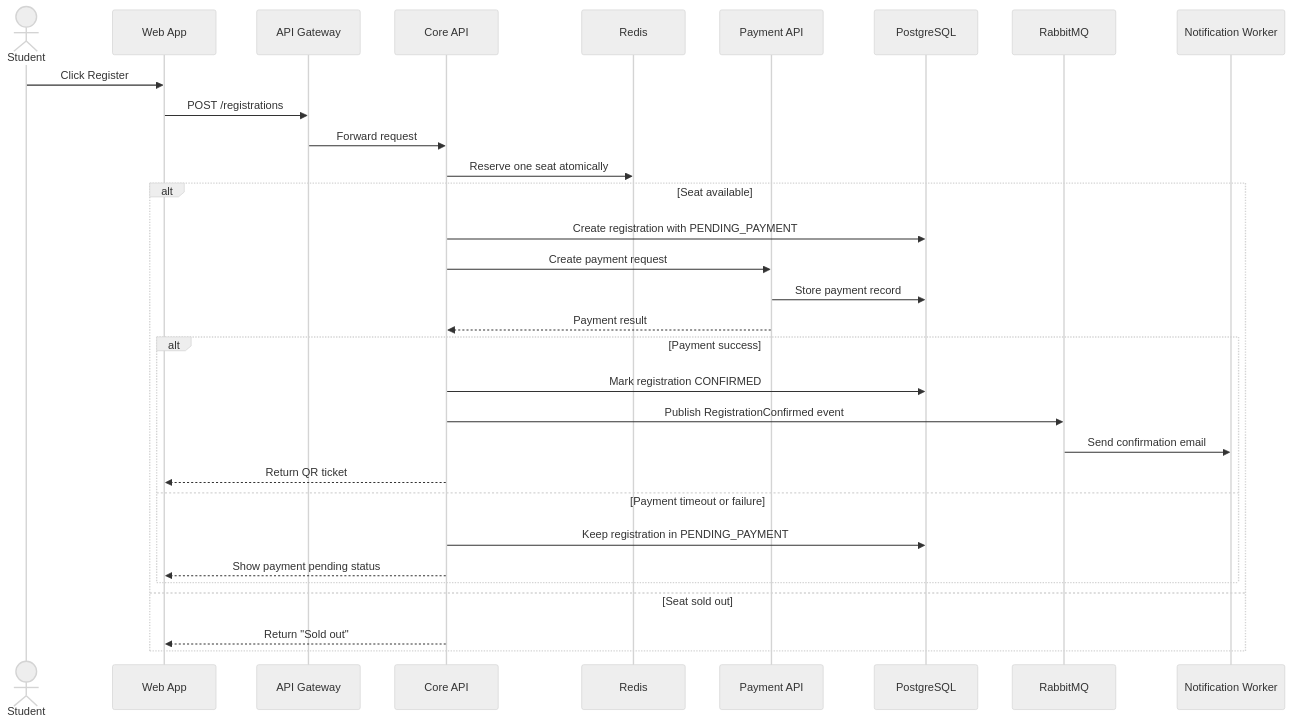
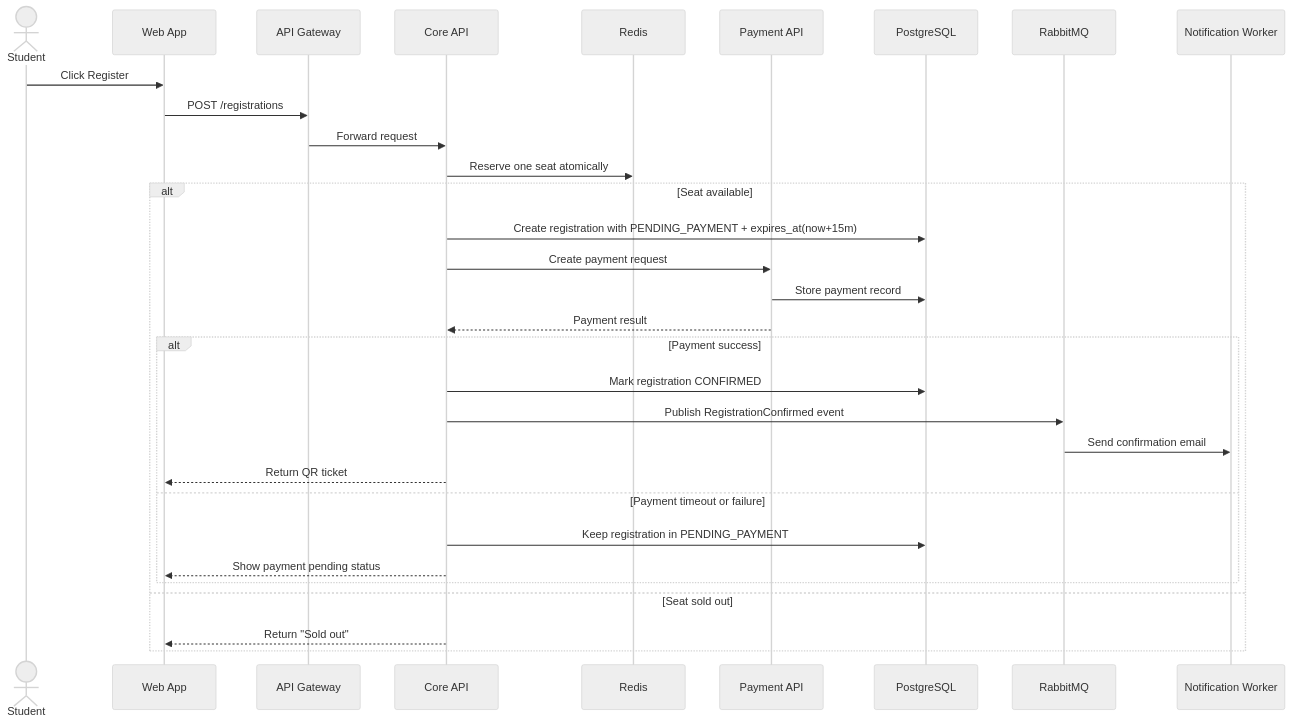
Before and after one commit to AkiraTomori/unihub_workshop: the sixth of 8 diagrams in blueprint/design.md, drawn with Mermaid (neutral theme). The commit also changed other lines of this file and 5 other files, not shown here.

````diff
--- a/blueprint/design.md
+++ b/blueprint/design.md
@@ -500,34 +517,34 @@
 ```mermaid
 sequenceDiagram
     actor Student
     participant Web as Web App
     participant Gateway as API Gateway
     participant Core as Core API
     participant Redis as Redis
     participant Pay as Payment API
     participant PG as PostgreSQL
     participant Broker as RabbitMQ
     participant Mail as Notification Worker
 
     Student->>Web: Click Register
     Web->>Gateway: POST /registrations
     Gateway->>Core: Forward request
     Core->>Redis: Reserve one seat atomically
     alt Seat available
-        Core->>PG: Create registration with PENDING_PAYMENT
+        Core->>PG: Create registration with PENDING_PAYMENT + expires_at(now+15m)
         Core->>Pay: Create payment request
         Pay->>PG: Store payment record
         Pay-->>Core: Payment result
         alt Payment success
             Core->>PG: Mark registration CONFIRMED
             Core->>Broker: Publish RegistrationConfirmed event
             Broker->>Mail: Send confirmation email
             Core-->>Web: Return QR ticket
         else Payment timeout or failure
             Core->>PG: Keep registration in PENDING_PAYMENT
             Core-->>Web: Show payment pending status
         end
     else Seat sold out
         Core-->>Web: Return "Sold out"
     end
 ```
````
